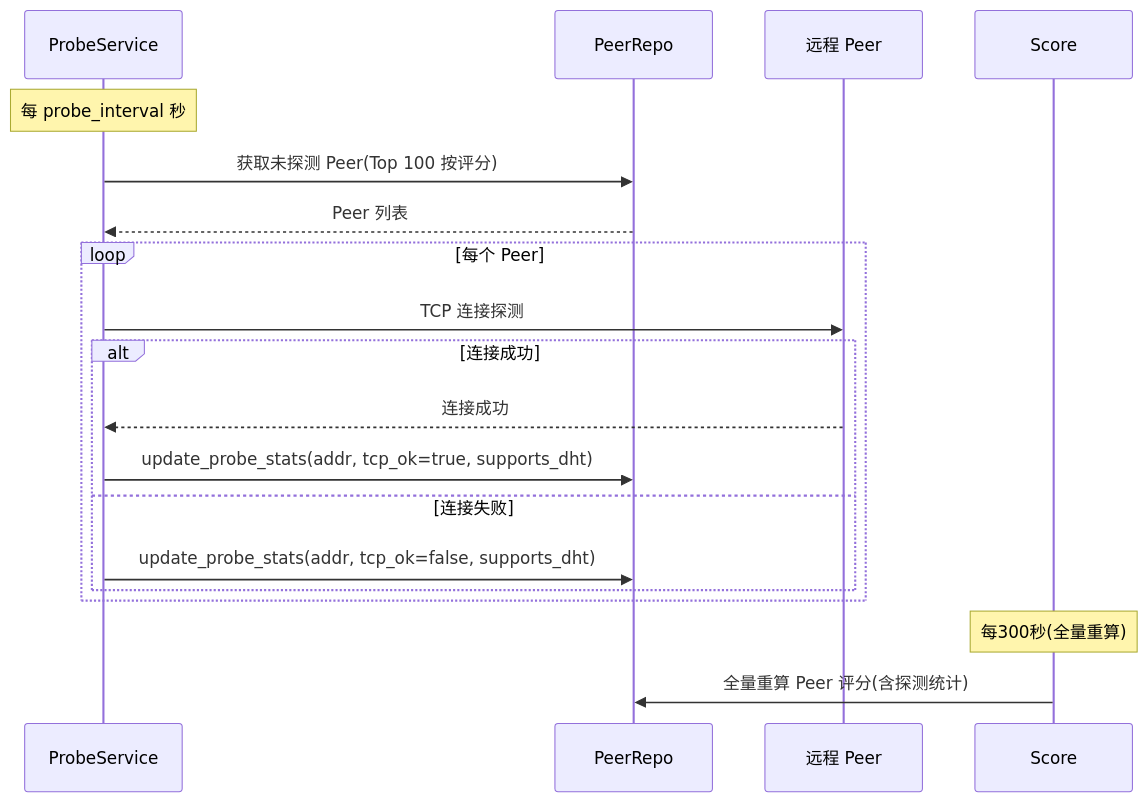
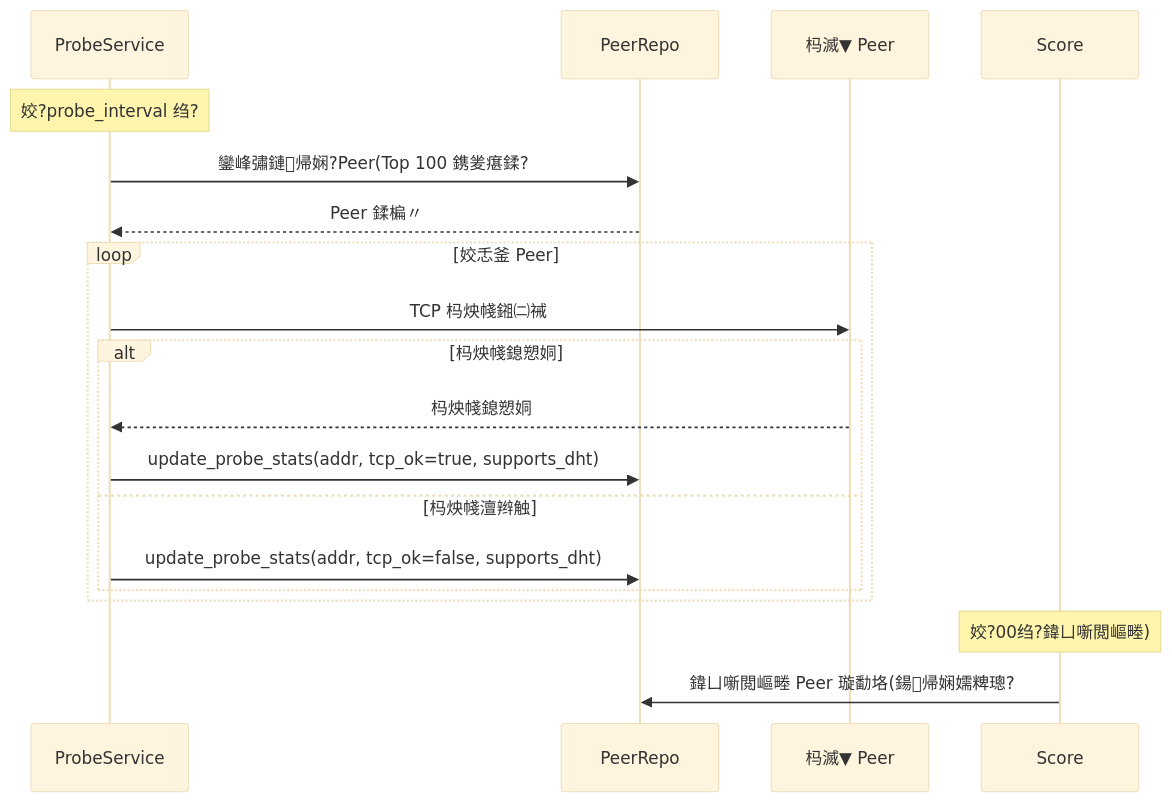
One commit to PandaNetOS/pdc changed the fourth of 6 diagrams in docs/architecture/05-runtime-flow.md. Above: the diagram before and after it, drawn with Mermaid. The commit also changed other lines of this file and 5 other files, not shown here.

First line of the commit message:
docs: 优化所有 Mermaid 图渲染清晰度

````diff
--- a/docs/architecture/05-runtime-flow.md
+++ b/docs/architecture/05-runtime-flow.md
@@ -106,23 +109,24 @@
 ```mermaid
+%%{init: {'theme':'base', 'themeVariables': {'fontSize':'16px'}, 'flowchart': {'nodeSpacing': 50, 'rankSpacing': 80}, 'sequence': {'actorMargin': 50, 'messageMargin': 20}}}%%
 sequenceDiagram
     participant Probe as ProbeService
     participant PeerRepo as PeerRepo
-    participant Peer as 远程 Peer
+    participant Peer as 杩滅▼ Peer
 
-    Note over Probe: 每 probe_interval 秒
-    Probe->>PeerRepo: 获取未探测 Peer(Top 100 按评分)
-    PeerRepo-->>Probe: Peer 列表
+    Note over Probe: 姣?probe_interval 绉?
+    Probe->>PeerRepo: 鑾峰彇鏈帰娴?Peer(Top 100 鎸夎瘎鍒?
+    PeerRepo-->>Probe: Peer 鍒楄〃
 
-    loop 每个 Peer
-        Probe->>Peer: TCP 连接探测
-        alt 连接成功
-            Peer-->>Probe: 连接成功
+    loop 姣忎釜 Peer
+        Probe->>Peer: TCP 杩炴帴鎺㈡祴
+        alt 杩炴帴鎴愬姛
+            Peer-->>Probe: 杩炴帴鎴愬姛
             Probe->>PeerRepo: update_probe_stats(addr, tcp_ok=true, supports_dht)
-        else 连接失败
+        else 杩炴帴澶辫触
             Probe->>PeerRepo: update_probe_stats(addr, tcp_ok=false, supports_dht)
         end
     end
 
-    Note over Score: 每300秒(全量重算)
-    Score->>PeerRepo: 全量重算 Peer 评分(含探测统计)
+    Note over Score: 姣?00绉?鍏ㄩ噺閲嶇畻)
+    Score->>PeerRepo: 鍏ㄩ噺閲嶇畻 Peer 璇勫垎(鍚帰娴嬬粺璁?
 ```
````
